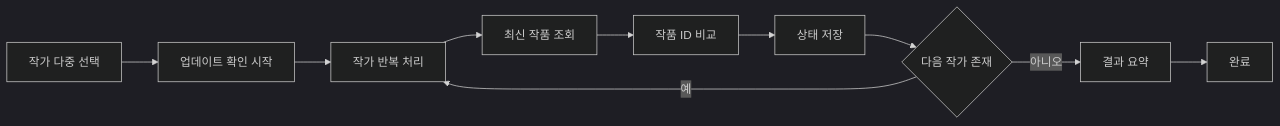
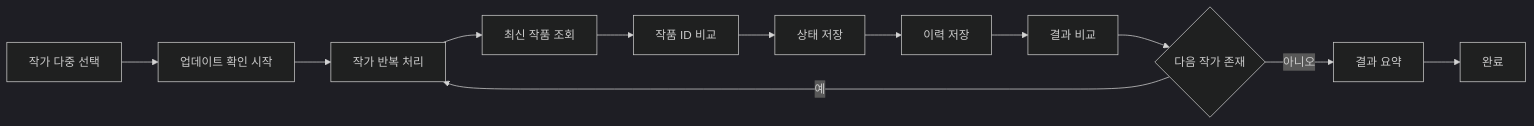
Diagram 13 of 25 in docs/03_SYSTEM_FLOW.md (PKT0623/PixivLocalManager), drawn with Mermaid (dark theme) before and after one commit. The commit also changed other lines of this file and 10 other files, not shown here.

````diff
--- a/docs/03_SYSTEM_FLOW.md
+++ b/docs/03_SYSTEM_FLOW.md
@@ -173,20 +320,22 @@
 ```mermaid
 flowchart LR
 
 A[작가 다중 선택]
 
 A --> B[업데이트 확인 시작]
 
 B --> C[작가 반복 처리]
 
 C --> D[최신 작품 조회]
 D --> E[작품 ID 비교]
 E --> F[상태 저장]
+F --> G[이력 저장]
+G --> H[결과 비교]
 
-F --> G{다음 작가 존재}
+H --> I{다음 작가 존재}
 
-G -->|예| C
-G -->|아니오| H[결과 요약]
+I -->|예| C
+I -->|아니오| J[결과 요약]
 
-H --> I[완료]
+J --> K[완료]
 ```
````
